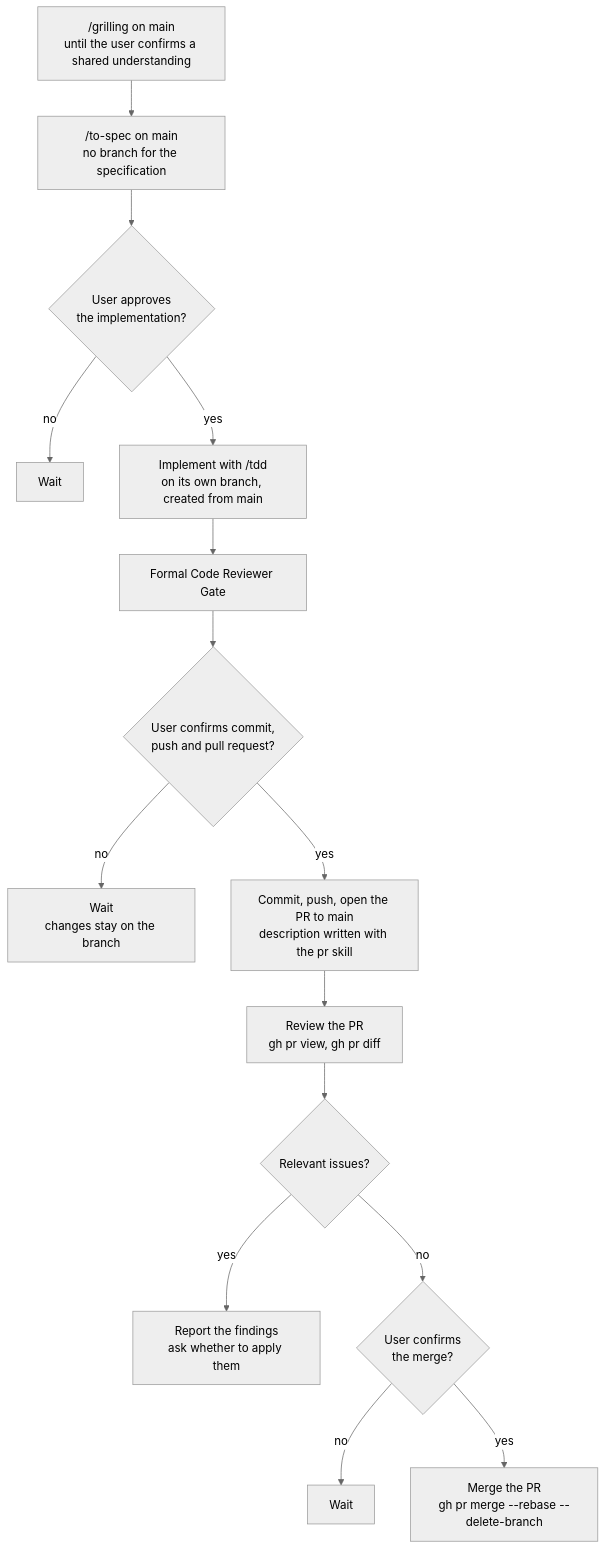
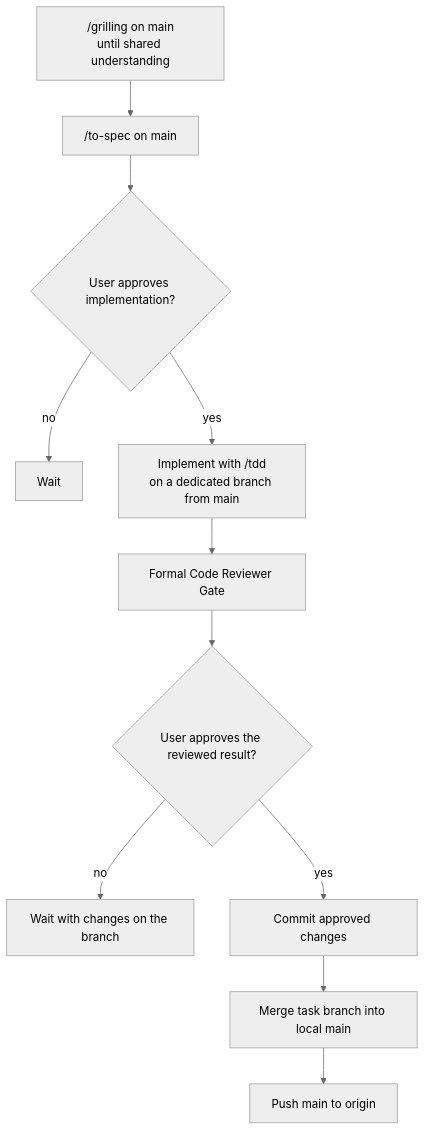
One commit to fagnermourafeitosa/chokepoint-admin changed the diagram in AGENTS.md. Above: the diagram before and after it, drawn with Mermaid (neutral theme). The commit also changed other lines of this file and 65 other files, not shown here.

````diff
--- a/AGENTS.md
+++ b/AGENTS.md
@@ -40,17 +40,13 @@
 ```mermaid
 flowchart TD
-    G["/grilling on main<br/>until the user confirms a shared understanding"] --> S["/to-spec on main<br/>no branch for the specification"]
-    S --> A{"User approves<br/>the implementation?"}
+    G["/grilling on main<br/>until shared understanding"] --> S["/to-spec on main"]
+    S --> A{"User approves implementation?"}
     A -- no --> W1["Wait"]
-    A -- yes --> I["Implement with /tdd<br/>on its own branch, created from main"]
+    A -- yes --> I["Implement with /tdd<br/>on a dedicated branch from main"]
     I --> R["Formal Code Reviewer Gate"]
-    R --> C{"User confirms commit,<br/>push and pull request?"}
-    C -- no --> W2["Wait<br/>changes stay on the branch"]
-    C -- yes --> P["Commit, push, open the PR to main<br/>description written with the pr skill"]
-    P --> PR["Review the PR<br/>gh pr view, gh pr diff"]
-    PR --> V{"Relevant issues?"}
-    V -- yes --> Q["Report the findings<br/>ask whether to apply them"]
-    V -- no --> CM{"User confirms<br/>the merge?"}
-    CM -- no --> W3["Wait"]
-    CM -- yes --> M["Merge the PR<br/>gh pr merge --rebase --delete-branch"]
+    R --> C{"User approves the reviewed result?"}
+    C -- no --> W2["Wait with changes on the branch"]
+    C -- yes --> Commit["Commit approved changes"]
+    Commit --> Merge["Merge task branch into local main"]
+    Merge --> Push["Push main to origin"]
 ```
````
